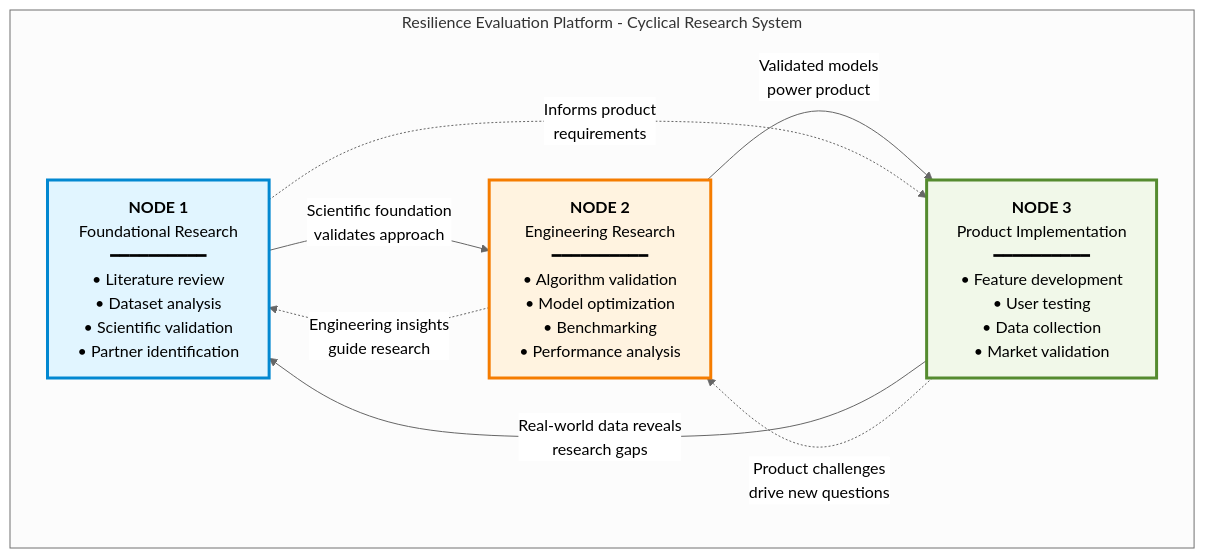
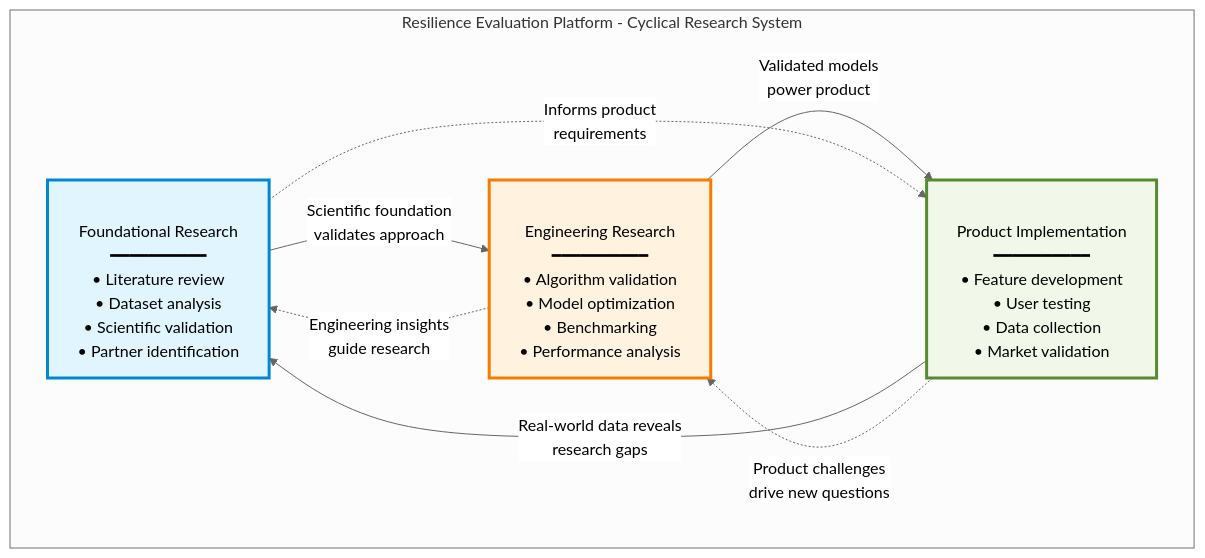
One commit to AUW160150/InsideOut_Strategy-Doc changed the diagram in README.md. Above: the diagram before and after it, drawn with Mermaid (neutral theme).

Commit message:
Remove HTML bold tags from node descriptions

````diff
--- a/README.md
+++ b/README.md
@@ -25,20 +25,20 @@
 ```mermaid
 graph TB
     subgraph System["Resilience Evaluation Platform - Cyclical Research System"]
-        N1["<b>NODE 1</b><br/>Foundational Research<br/>━━━━━━━━━━<br/>• Literature review<br/>• Dataset analysis<br/>• Scientific validation<br/>• Partner identification"]
-        N2["<b>NODE 2</b><br/>Engineering Research<br/>━━━━━━━━━━<br/>• Algorithm validation<br/>• Model optimization<br/>• Benchmarking<br/>• Performance analysis"]
-        N3["<b>NODE 3</b><br/>Product Implementation<br/>━━━━━━━━━━<br/>• Feature development<br/>• User testing<br/>• Data collection<br/>• Market validation"]
+        N1["<b></b><br/>Foundational Research<br/>━━━━━━━━━━<br/>• Literature review<br/>• Dataset analysis<br/>• Scientific validation<br/>• Partner identification"]
+        N2["<b></b><br/>Engineering Research<br/>━━━━━━━━━━<br/>• Algorithm validation<br/>• Model optimization<br/>• Benchmarking<br/>• Performance analysis"]
+        N3["<b></b><br/>Product Implementation<br/>━━━━━━━━━━<br/>• Feature development<br/>• User testing<br/>• Data collection<br/>• Market validation"]
         
         N1 -->|"Scientific foundation<br/>validates approach"| N2
         N2 -->|"Validated models<br/>power product"| N3
         N3 -->|"Real-world data reveals<br/>research gaps"| N1
         
         N1 -.->|"Informs product<br/>requirements"| N3
         N3 -.->|"Product challenges<br/>drive new questions"| N2
         N2 -.->|"Engineering insights<br/>guide research"| N1
     end
     
     style N1 fill:#e1f5ff,stroke:#0288d1,stroke-width:3px
     style N2 fill:#fff3e0,stroke:#f57c00,stroke-width:3px
     style N3 fill:#f1f8e9,stroke:#558b2f,stroke-width:3px
 ```
````
